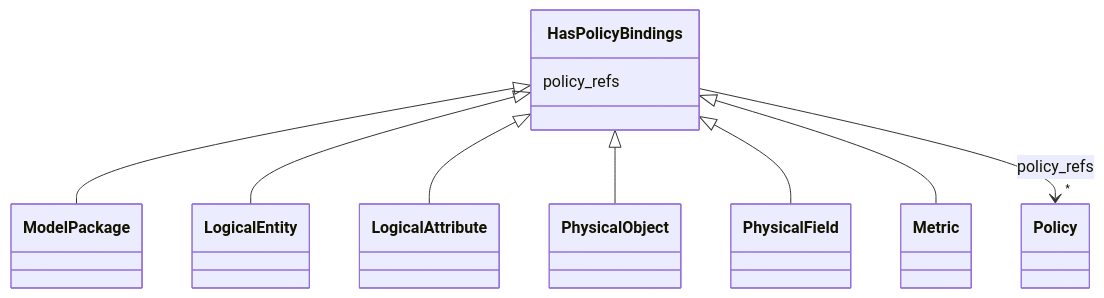
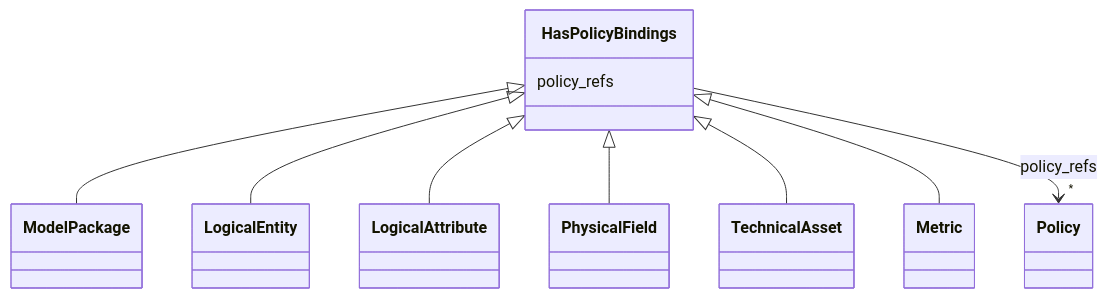
One commit to oista/moex-data-model changed the diagram in generated/artifacts/moex-dams/0.1/diagrams/HasPolicyBindings.md. Above: the diagram before and after it, drawn with Mermaid. The commit also changed 163 other files, not shown here.

First line of the commit message:
feat: refactor physical object handling to technical asset model

````diff
--- a/generated/artifacts/moex-dams/0.1/diagrams/HasPolicyBindings.md
+++ b/generated/artifacts/moex-dams/0.1/diagrams/HasPolicyBindings.md
@@ -4,30 +4,30 @@
 ```mermaid
  classDiagram
     class HasPolicyBindings
     click HasPolicyBindings href "../HasPolicyBindings"
       HasPolicyBindings <|-- ModelPackage
         click ModelPackage href "../ModelPackage"
       HasPolicyBindings <|-- LogicalEntity
         click LogicalEntity href "../LogicalEntity"
       HasPolicyBindings <|-- LogicalAttribute
         click LogicalAttribute href "../LogicalAttribute"
-      HasPolicyBindings <|-- PhysicalObject
-        click PhysicalObject href "../PhysicalObject"
       HasPolicyBindings <|-- PhysicalField
         click PhysicalField href "../PhysicalField"
+      HasPolicyBindings <|-- TechnicalAsset
+        click TechnicalAsset href "../TechnicalAsset"
       HasPolicyBindings <|-- Metric
         click Metric href "../Metric"
       
       HasPolicyBindings : policy_refs
         
           
     
         
         
         HasPolicyBindings --> "*" Policy : policy_refs
         click Policy href "../Policy"
     
 
         
       
 ```
````
